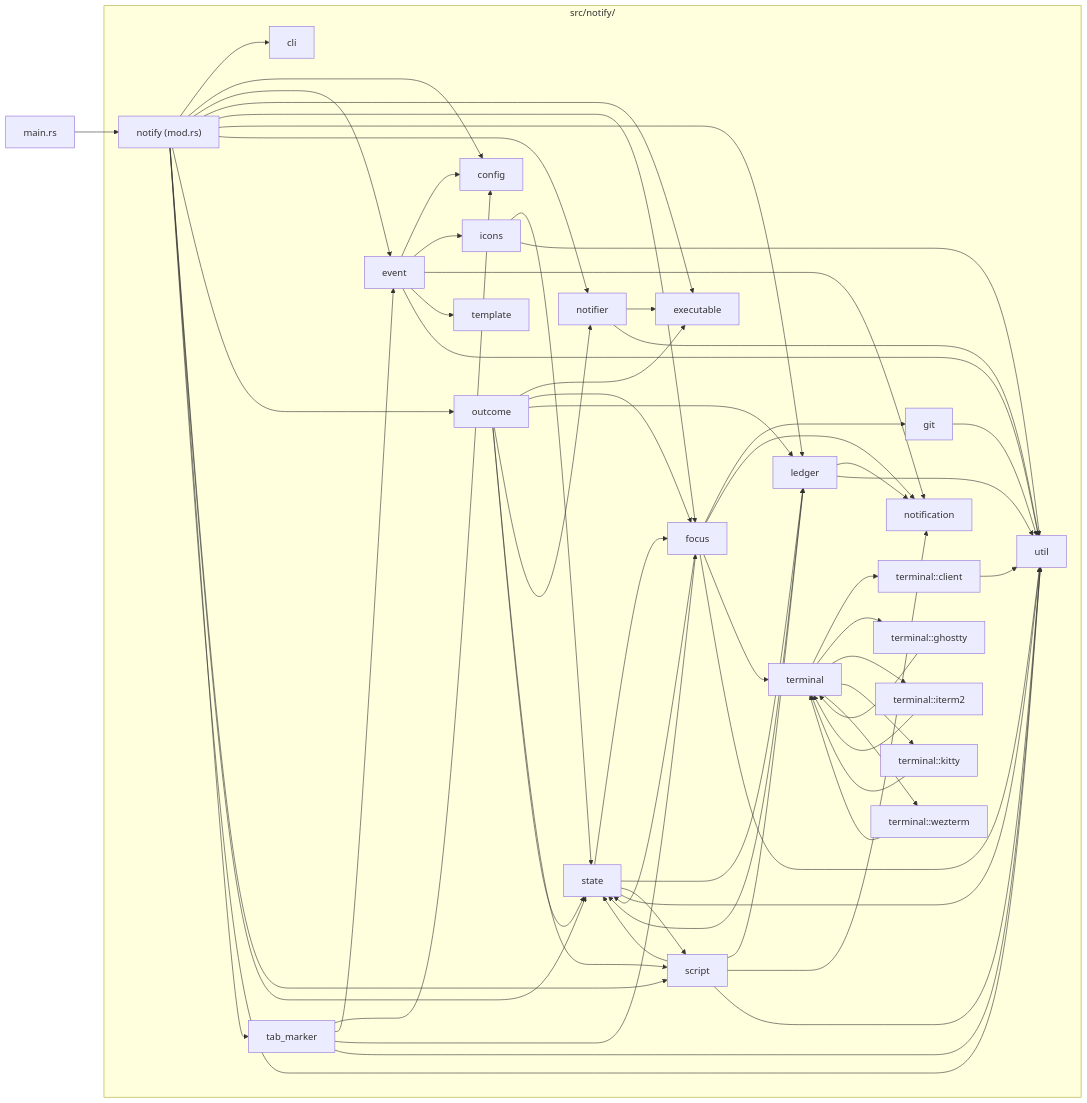
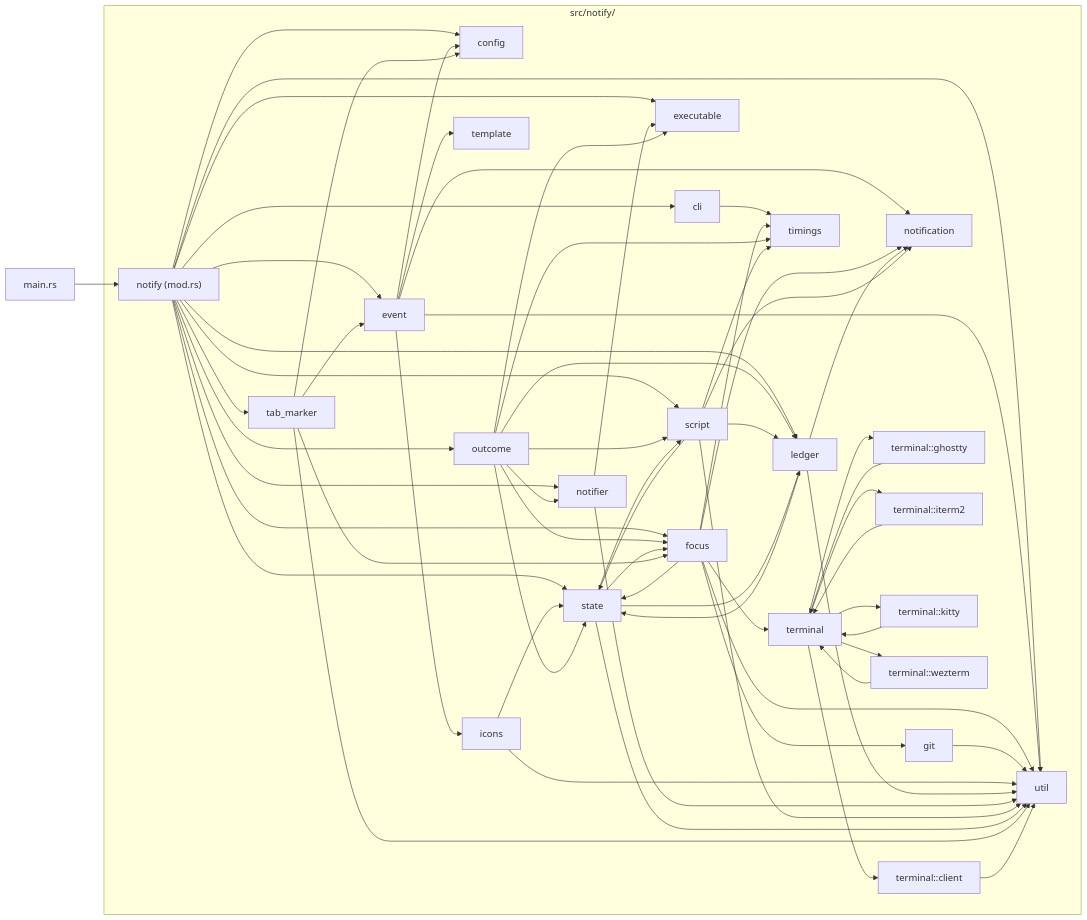
Before and after one commit to dagadbm/herdr-dagadbm: the first of 8 diagrams in docs/architecture.md, drawn with Mermaid. The commit also changed 10 other files, not shown here.

```diff
--- a/docs/architecture.md
+++ b/docs/architecture.md
@@ -95,6 +95,7 @@
     notify_terminal_iterm2["terminal::iterm2"]
     notify_terminal_kitty["terminal::kitty"]
     notify_terminal_wezterm["terminal::wezterm"]
+    notify_timings["timings"]
     notify_util["util"]
   end
   main --> notify
@@ -110,6 +111,7 @@
   notify --> notify_state
   notify --> notify_tab_marker
   notify --> notify_util
+  notify_cli --> notify_timings
   notify_event --> notify_config
   notify_event --> notify_icons
   notify_event --> notify_notification
@@ -119,6 +121,7 @@
   notify_focus --> notify_notification
   notify_focus --> notify_state
   notify_focus --> notify_terminal
+  notify_focus --> notify_timings
   notify_focus --> notify_util
   notify_git --> notify_util
   notify_icons --> notify_state
@@ -134,9 +137,11 @@
   notify_outcome --> notify_notifier
   notify_outcome --> notify_script
   notify_outcome --> notify_state
+  notify_outcome --> notify_timings
   notify_script --> notify_ledger
   notify_script --> notify_notification
   notify_script --> notify_state
+  notify_script --> notify_timings
   notify_script --> notify_util
   notify_state --> notify_focus
   notify_state --> notify_ledger
```
